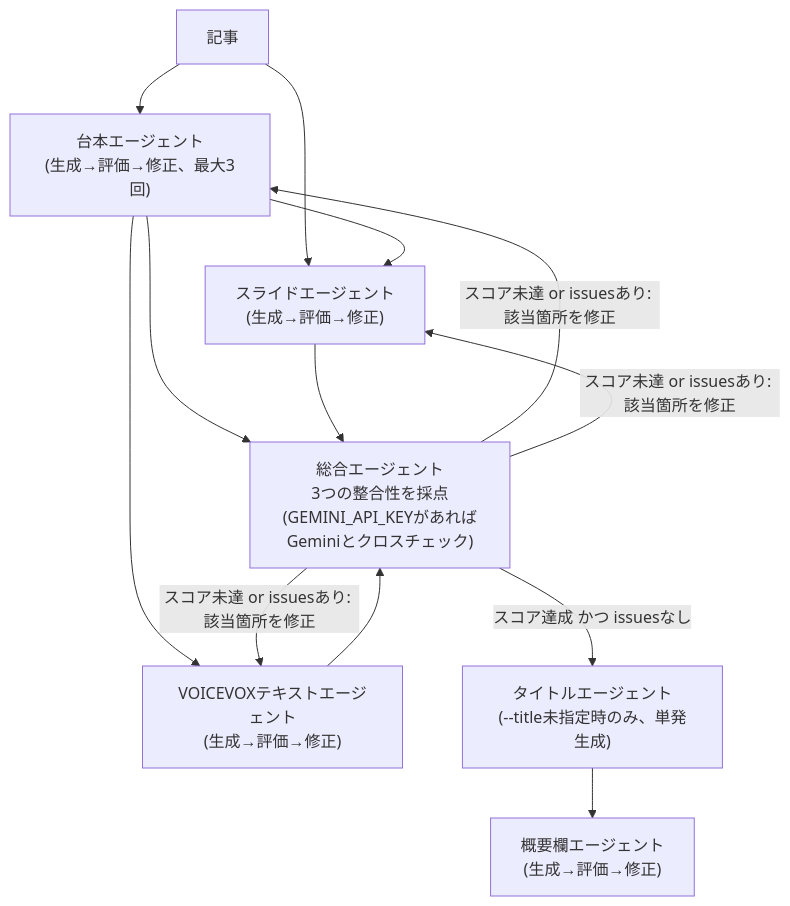
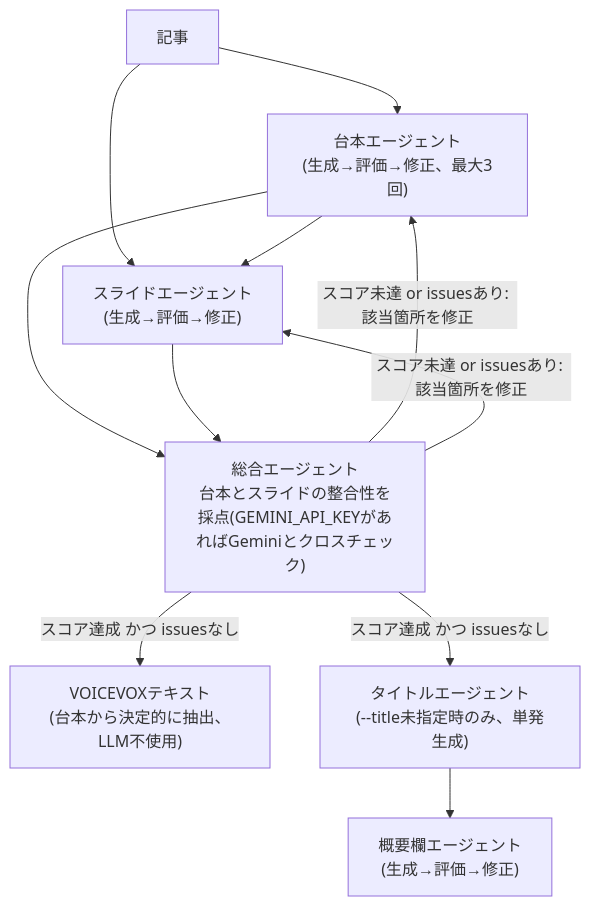
Before and after one commit to Ken-kichi/video-pipeline: the second of 3 diagrams in README.md, drawn with Mermaid. The commit also changed other lines of this file and 11 other files, not shown here.

````diff
--- a/README.md
+++ b/README.md
@@ -95,15 +95,13 @@
 ```mermaid
 flowchart TD
     Article["記事"] --> Script["台本エージェント<br/>(生成→評価→修正、最大3回)"]
     Article --> Slides
     Script --> Slides["スライドエージェント<br/>(生成→評価→修正)"]
-    Script --> Voicevox["VOICEVOXテキストエージェント<br/>(生成→評価→修正)"]
     Script --> Integration
-    Slides --> Integration["総合エージェント<br/>3つの整合性を採点(GEMINI_API_KEYがあればGeminiとクロスチェック)"]
-    Voicevox --> Integration
+    Slides --> Integration["総合エージェント<br/>台本とスライドの整合性を採点(GEMINI_API_KEYがあればGeminiとクロスチェック)"]
     Integration -->|スコア未達 or issuesあり: 該当箇所を修正| Script
     Integration -->|スコア未達 or issuesあり: 該当箇所を修正| Slides
-    Integration -->|スコア未達 or issuesあり: 該当箇所を修正| Voicevox
+    Integration -->|スコア達成 かつ issuesなし| Vtext["VOICEVOXテキスト<br/>(台本から決定的に抽出、LLM不使用)"]
     Integration -->|スコア達成 かつ issuesなし| Title["タイトルエージェント<br/>(--title未指定時のみ、単発生成)"]
     Title --> Description["概要欄エージェント<br/>(生成→評価→修正)"]
 ```
````
